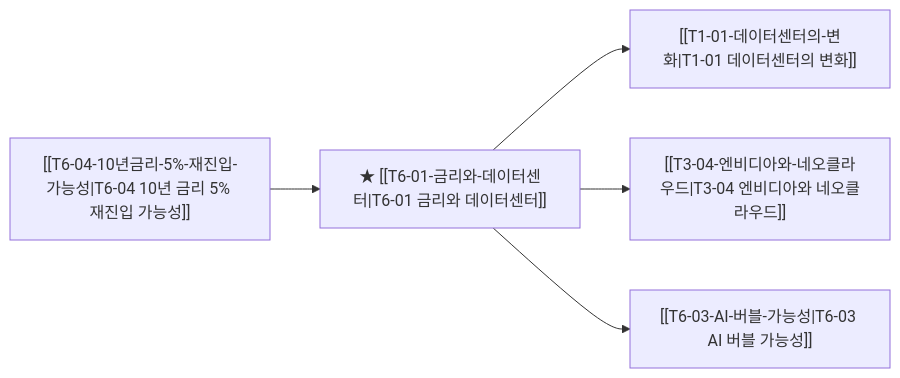
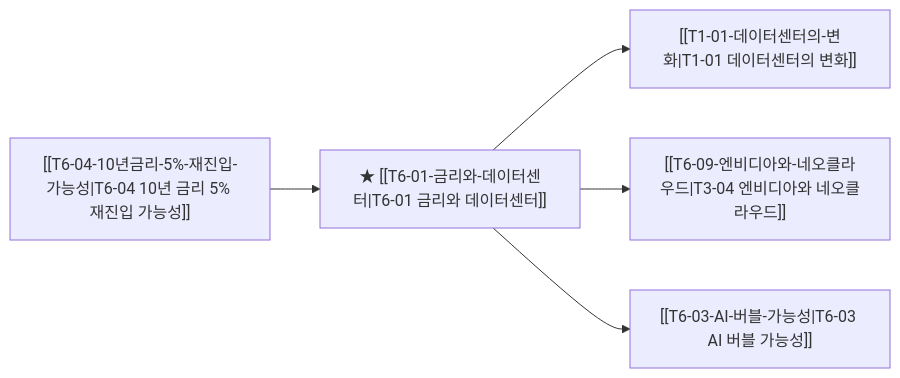
Before and after one commit to zoofighter/b_0901_Argus_pulse: the diagram in thesis/T6-01-금리와-데이터센터.md, drawn with Mermaid. The commit also changed other lines of this file and 94 other files, not shown here.

````diff
--- a/thesis/T6-01-금리와-데이터센터.md
+++ b/thesis/T6-01-금리와-데이터센터.md
@@ -69,7 +71,7 @@
 ```mermaid
 graph LR
     P_T_38["[[T6-04-10년금리-5%-재진입-가능성|T6-04 10년 금리 5% 재진입 가능성]]"] --> T_T_05["★ [[T6-01-금리와-데이터센터|T6-01 금리와 데이터센터]]"]
     T_T_05["★ [[T6-01-금리와-데이터센터|T6-01 금리와 데이터센터]]"] --> D_T_01["[[T1-01-데이터센터의-변화|T1-01 데이터센터의 변화]]"]
-    T_T_05["★ [[T6-01-금리와-데이터센터|T6-01 금리와 데이터센터]]"] --> D_T_08["[[T3-04-엔비디아와-네오클라우드|T3-04 엔비디아와 네오클라우드]]"]
+    T_T_05["★ [[T6-01-금리와-데이터센터|T6-01 금리와 데이터센터]]"] --> D_T_08["[[T6-09-엔비디아와-네오클라우드|T3-04 엔비디아와 네오클라우드]]"]
     T_T_05["★ [[T6-01-금리와-데이터센터|T6-01 금리와 데이터센터]]"] --> D_T_37["[[T6-03-AI-버블-가능성|T6-03 AI 버블 가능성]]"]
 ```
````
